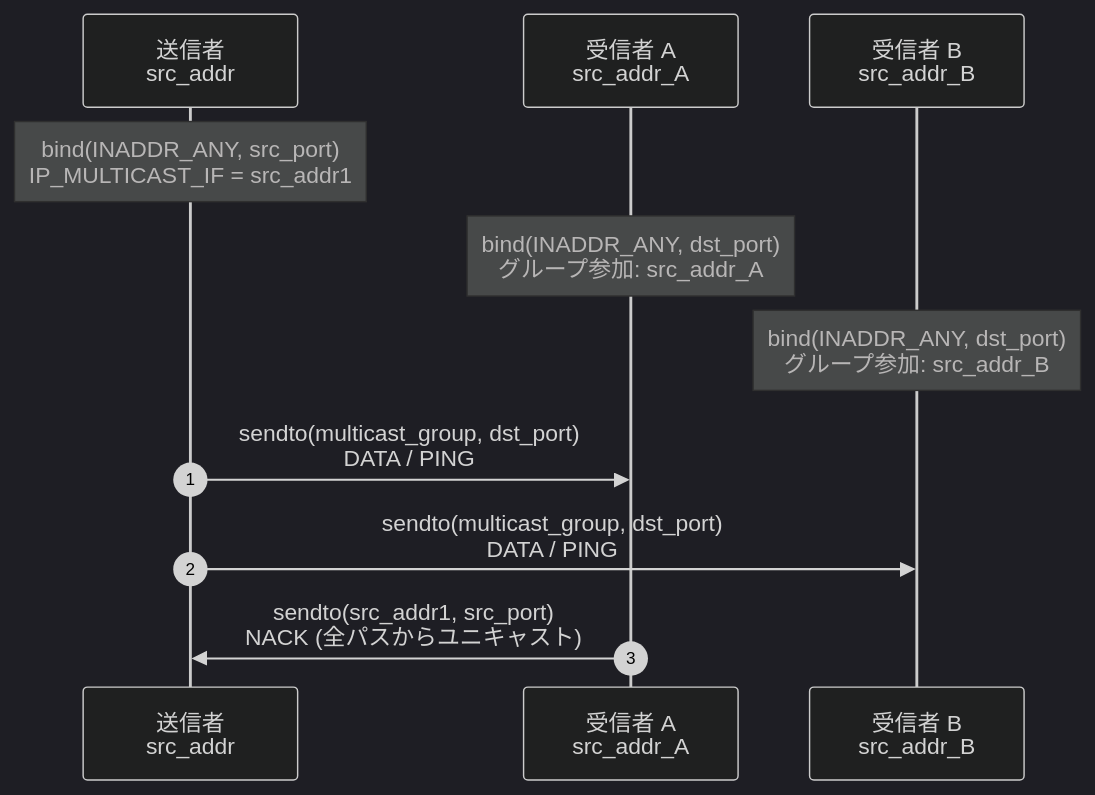
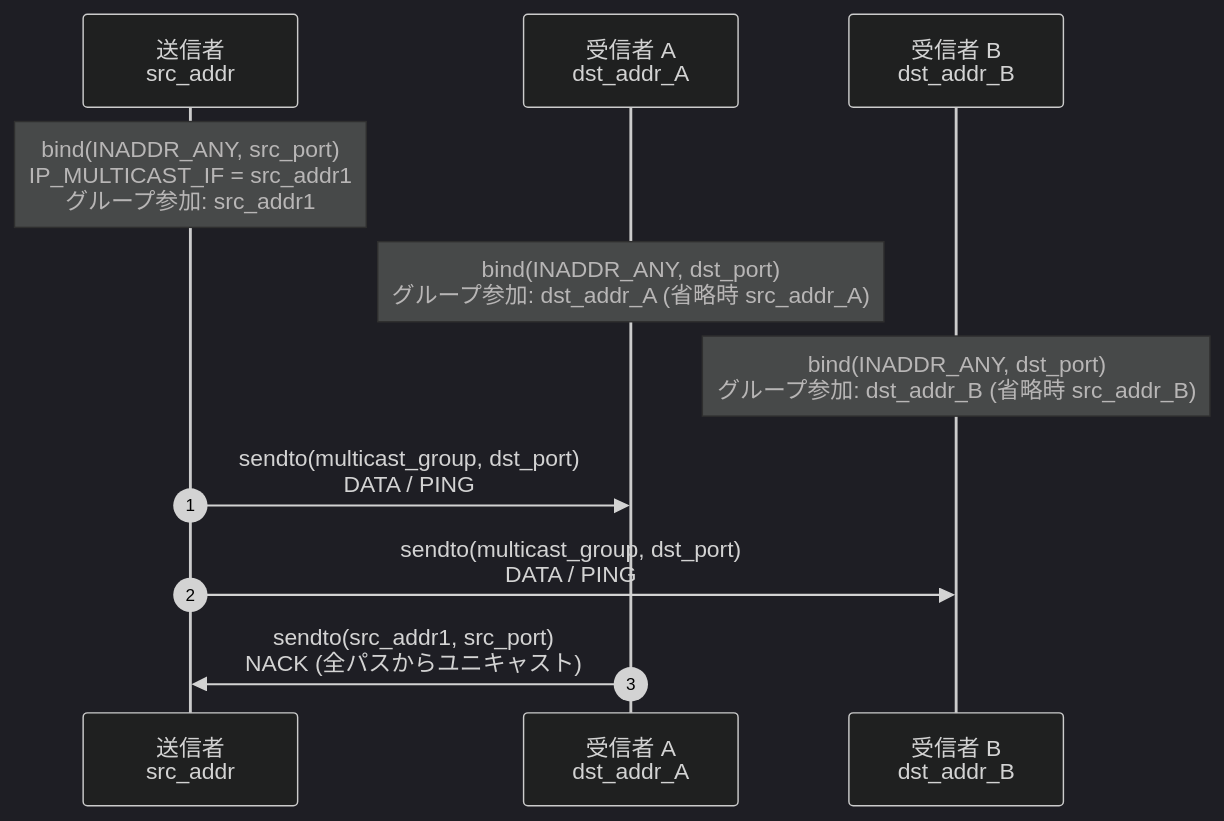
The fourth of 5 diagrams in docs/config.md (Hondarer/app_porter), drawn with Mermaid (dark theme) before and after one commit. The commit also changed other lines of this file and 12 other files, not shown here.

First line of the commit message:
fix: マルチキャスト受信側の参加 NIC を dst_addrN で指定できるようにする

````diff
--- a/docs/config.md
+++ b/docs/config.md
@@ -501,15 +502,15 @@
 ```mermaid
 sequenceDiagram
     autonumber
     participant S as 送信者<br>src_addr
-    participant RA as 受信者 A<br>src_addr_A
-    participant RB as 受信者 B<br>src_addr_B
+    participant RA as 受信者 A<br>dst_addr_A
+    participant RB as 受信者 B<br>dst_addr_B
 
-    Note over S: bind(INADDR_ANY, src_port)<br>IP_MULTICAST_IF = src_addr1
-    Note over RA: bind(INADDR_ANY, dst_port)<br>グループ参加: src_addr_A
-    Note over RB: bind(INADDR_ANY, dst_port)<br>グループ参加: src_addr_B
+    Note over S: bind(INADDR_ANY, src_port)<br>IP_MULTICAST_IF = src_addr1<br>グループ参加: src_addr1
+    Note over RA: bind(INADDR_ANY, dst_port)<br>グループ参加: dst_addr_A (省略時 src_addr_A)
+    Note over RB: bind(INADDR_ANY, dst_port)<br>グループ参加: dst_addr_B (省略時 src_addr_B)
 
     S->>RA: sendto(multicast_group, dst_port)<br>DATA / PING
     S->>RB: sendto(multicast_group, dst_port)<br>DATA / PING
     RA->>S: sendto(src_addr1, src_port)<br>NACK (全パスからユニキャスト)
 ```
````
